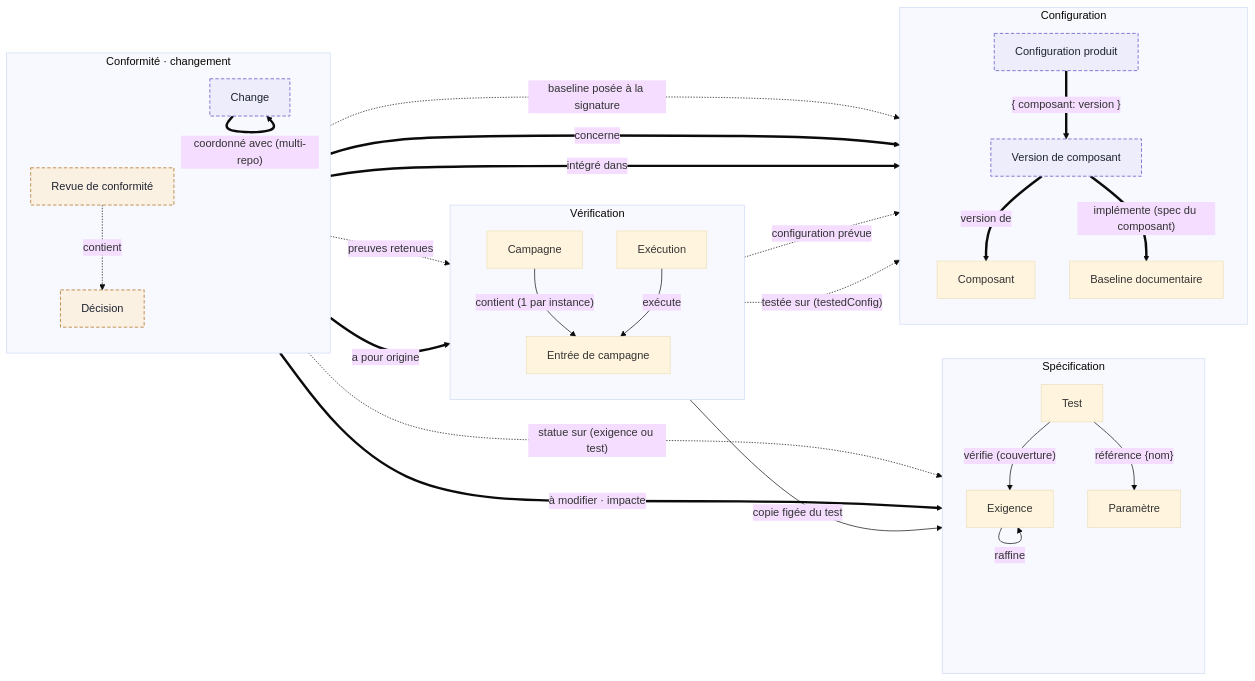
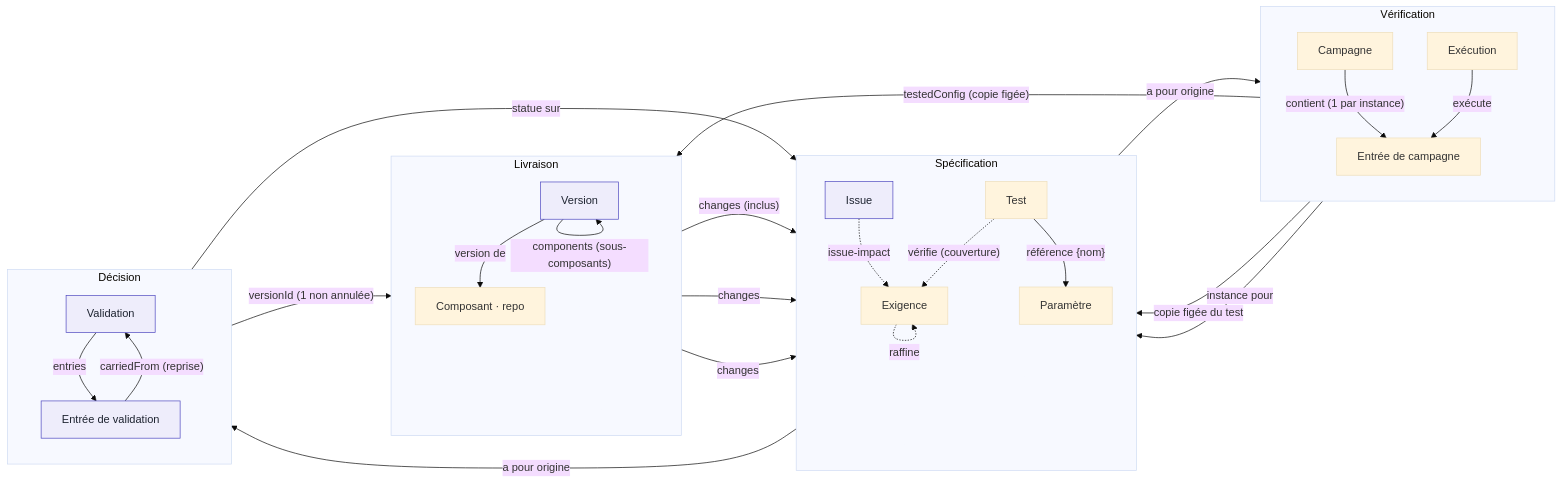
The diagram in specs/MODELE-OBJETS.md (laurentolive/polenta), drawn with Mermaid (base theme) before and after one commit. The commit also changed other lines of this file and 1 other file, not shown here.

First line of the commit message:
[GH272] docs(specs): GH272 — MODELE-OBJETS redessiné sur le modèle final du milestone D

````diff
--- a/specs/MODELE-OBJETS.md
+++ b/specs/MODELE-OBJETS.md
@@ -18,56 +14,54 @@
 ```mermaid
 flowchart LR
+  subgraph SPEC[Spécification]
+    direction TB
+    REQ[Exigence]
+    TST[Test]
+    PAR[Paramètre]
+    ISS[Issue]
+  end
   subgraph VERIF[Vérification]
     direction TB
     CAMP[Campagne]
     ENT[Entrée de campagne]
     RUN[Exécution]
   end
-  subgraph SPEC[Spécification]
+  subgraph LIVR[Livraison]
     direction TB
-    REQ[Exigence]
-    TST[Test]
-    PAR[Paramètre]
+    COMP[Composant · repo]
+    VERS[Version]
   end
-  subgraph QC[Conformité · changement]
+  subgraph DEC[Décision]
     direction TB
-    CONF[Revue de conformité]
-    DEC[Décision]
-    CHG[Change]
-  end
-  subgraph CONFIG[Configuration]
-    direction TB
-    PCFG[Configuration produit]
-    VERS[Version de composant]
-    COMP[Composant]
-    BASE[Baseline documentaire]
+    VAL[Validation]
+    VENT[Entrée de validation]
   end
 
-  REQ -- raffine --> REQ
-  TST -- "vérifie (couverture)" --> REQ
+  REQ -. raffine .-> REQ
+  TST -. "vérifie (couverture)" .-> REQ
+  ISS -. "issue-impact" .-> REQ
   TST -- "référence {nom}" --> PAR
+
   CAMP -- "contient (1 par instance)" --> ENT
   ENT -- "copie figée du test" --> TST
+  ENT -- "instance pour" --> REQ
   RUN -- exécute --> ENT
+  RUN -- "testedConfig (copie figée)" --> VERS
+  ISS -- "a pour origine" --> RUN
 
-  CAMP -. "configuration prévue" .-> PCFG
-  RUN -. "testée sur (testedConfig)" .-> PCFG
-  CONF -. contient .-> DEC
-  DEC -. "statue sur (exigence ou test)" .-> REQ
-  DEC -. "preuves retenues" .-> RUN
-  CONF -. "baseline posée à la signature" .-> BASE
+  VERS -- "version de" --> COMP
+  VERS -- basedOn --> VERS
+  VERS -- "components (sous-composants)" --> VERS
+  VERS -- "changes (inclus)" --> REQ
+  VERS -- changes --> TST
+  VERS -- changes --> ISS
 
-  CHG == concerne ==> COMP
-  CHG == "à modifier · impacte" ==> TST
-  CHG == "a pour origine" ==> RUN
-  CHG == "intégré dans" ==> VERS
-  CHG == "coordonné avec (multi-repo)" ==> CHG
-  PCFG == "{ composant: version }" ==> VERS
-  VERS == "version de" ==> COMP
-  VERS == "implémente (spec du composant)" ==> BASE
+  VAL -- "versionId (1 non annulée)" --> VERS
+  VAL -- entries --> VENT
+  VENT -- "statue sur" --> REQ
+  VENT -- "carriedFrom (reprise)" --> VAL
+  ISS -- "a pour origine" --> VENT
 
-  classDef g191 fill:#fbf1e3,stroke:#a8650f,stroke-dasharray:5 3,color:#1d2330
-  classDef g193 fill:#eeedfb,stroke:#4f49c0,stroke-dasharray:5 3,color:#1d2330
-  class CONF,DEC g191
-  class CHG,PCFG,VERS g193
+  classDef d fill:#eeedfb,stroke:#4f49c0,color:#1d2330
+  class ISS,VERS,VAL,VENT d
 ```
````
